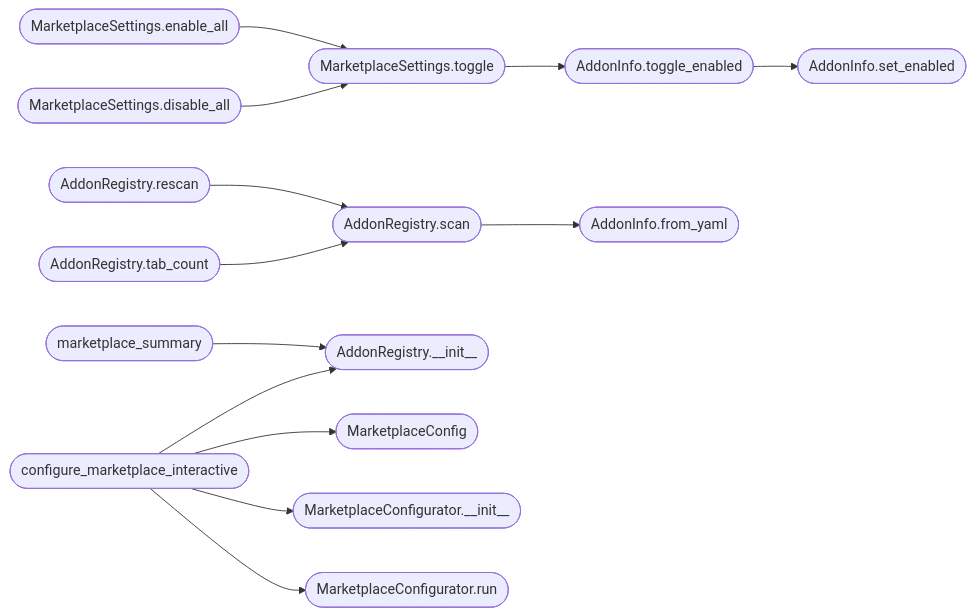
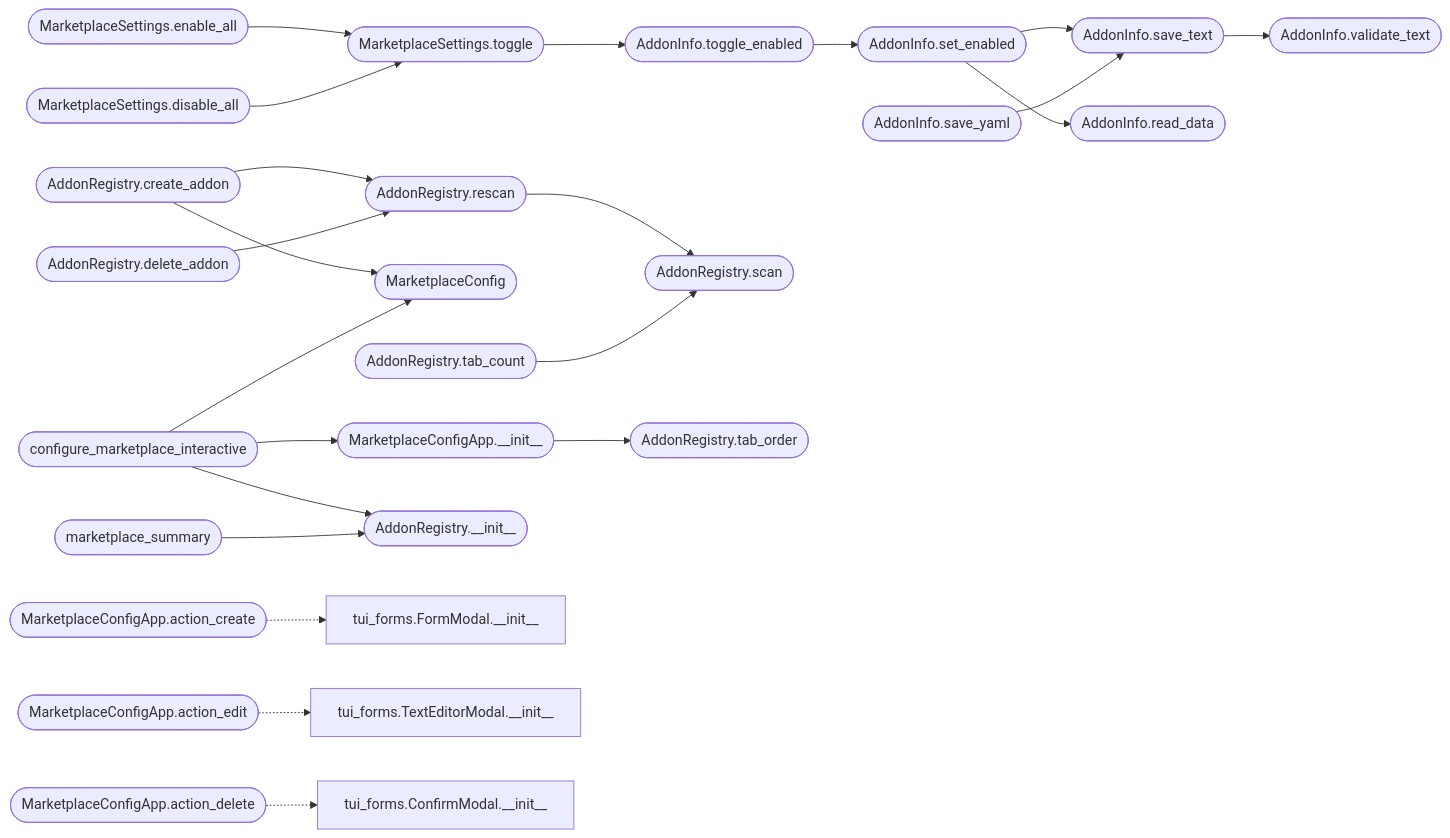
The second of 2 diagrams in readmenator-apidocs/modules/cli.marketplace_config.py.md (grisuno/LazyOwn), drawn with Mermaid before and after one commit. The commit also changed other lines of this file and 764 other files, not shown here.

````diff
--- a/readmenator-apidocs/modules/cli.marketplace_config.py.md
+++ b/readmenator-apidocs/modules/cli.marketplace_config.py.md
@@ -93,30 +116,50 @@
 ```mermaid
 flowchart LR
+    n_cli_marketplace_config_py__AddonInfo_save_text(["AddonInfo.save_text"])
+    n_cli_marketplace_config_py__AddonInfo_validate_text(["AddonInfo.validate_text"])
+    n_cli_marketplace_config_py__AddonInfo_set_enabled(["AddonInfo.set_enabled"])
+    n_cli_marketplace_config_py__AddonInfo_read_data(["AddonInfo.read_data"])
     n_cli_marketplace_config_py__AddonInfo_toggle_enabled(["AddonInfo.toggle_enabled"])
-    n_cli_marketplace_config_py__AddonInfo_set_enabled(["AddonInfo.set_enabled"])
+    n_cli_marketplace_config_py__AddonInfo_save_yaml(["AddonInfo.save_yaml"])
+    n_cli_marketplace_config_py__AddonRegistry_rescan(["AddonRegistry.rescan"])
     n_cli_marketplace_config_py__AddonRegistry_scan(["AddonRegistry.scan"])
-    n_cli_marketplace_config_py__AddonInfo_from_yaml(["AddonInfo.from_yaml"])
-    n_cli_marketplace_config_py__AddonRegistry_rescan(["AddonRegistry.rescan"])
     n_cli_marketplace_config_py__AddonRegistry_tab_count(["AddonRegistry.tab_count"])
+    n_cli_marketplace_config_py__AddonRegistry_create_addon(["AddonRegistry.create_addon"])
+    n_cli_marketplace_config_py__MarketplaceConfig(["MarketplaceConfig"])
+    n_cli_marketplace_config_py__AddonRegistry_delete_addon(["AddonRegistry.delete_addon"])
     n_cli_marketplace_config_py__MarketplaceSettings_toggle(["MarketplaceSettings.toggle"])
     n_cli_marketplace_config_py__MarketplaceSettings_enable_all(["MarketplaceSettings.enable_all"])
     n_cli_marketplace_config_py__MarketplaceSettings_disable_all(["MarketplaceSettings.disable_all"])
+    n_cli_marketplace_config_py__MarketplaceConfigApp___init__(["MarketplaceConfigApp.__init__"])
+    n_cli_marketplace_config_py__AddonRegistry_tab_order(["AddonRegistry.tab_order"])
     n_cli_marketplace_config_py__configure_marketplace_interactive(["configure_marketplace_interactive"])
     n_cli_marketplace_config_py__AddonRegistry___init__(["AddonRegistry.__init__"])
-    n_cli_marketplace_config_py__MarketplaceConfig(["MarketplaceConfig"])
-    n_cli_marketplace_config_py__MarketplaceConfigurator___init__(["MarketplaceConfigurator.__init__"])
-    n_cli_marketplace_config_py__MarketplaceConfigurator_run(["MarketplaceConfigurator.run"])
     n_cli_marketplace_config_py__marketplace_summary(["marketplace_summary"])
+    n_cli_marketplace_config_py__MarketplaceConfigApp_action_create(["MarketplaceConfigApp.action_create"])
+    n_cli_tui_forms_py__FormModal___init__["tui_forms.FormModal.__init__"]
+    n_cli_marketplace_config_py__MarketplaceConfigApp_action_edit(["MarketplaceConfigApp.action_edit"])
+    n_cli_tui_forms_py__TextEditorModal___init__["tui_forms.TextEditorModal.__init__"]
+    n_cli_marketplace_config_py__MarketplaceConfigApp_action_delete(["MarketplaceConfigApp.action_delete"])
+    n_cli_tui_forms_py__ConfirmModal___init__["tui_forms.ConfirmModal.__init__"]
+    n_cli_marketplace_config_py__AddonInfo_save_text --> n_cli_marketplace_config_py__AddonInfo_validate_text
+    n_cli_marketplace_config_py__AddonInfo_set_enabled --> n_cli_marketplace_config_py__AddonInfo_read_data
+    n_cli_marketplace_config_py__AddonInfo_set_enabled --> n_cli_marketplace_config_py__AddonInfo_save_text
     n_cli_marketplace_config_py__AddonInfo_toggle_enabled --> n_cli_marketplace_config_py__AddonInfo_set_enabled
-    n_cli_marketplace_config_py__AddonRegistry_scan --> n_cli_marketplace_config_py__AddonInfo_from_yaml
+    n_cli_marketplace_config_py__AddonInfo_save_yaml --> n_cli_marketplace_config_py__AddonInfo_save_text
     n_cli_marketplace_config_py__AddonRegistry_rescan --> n_cli_marketplace_config_py__AddonRegistry_scan
     n_cli_marketplace_config_py__AddonRegistry_tab_count --> n_cli_marketplace_config_py__AddonRegistry_scan
+    n_cli_marketplace_config_py__AddonRegistry_create_addon --> n_cli_marketplace_config_py__AddonRegistry_rescan
+    n_cli_marketplace_config_py__AddonRegistry_create_addon --> n_cli_marketplace_config_py__MarketplaceConfig
+    n_cli_marketplace_config_py__AddonRegistry_delete_addon --> n_cli_marketplace_config_py__AddonRegistry_rescan
     n_cli_marketplace_config_py__MarketplaceSettings_toggle --> n_cli_marketplace_config_py__AddonInfo_toggle_enabled
     n_cli_marketplace_config_py__MarketplaceSettings_enable_all --> n_cli_marketplace_config_py__MarketplaceSettings_toggle
     n_cli_marketplace_config_py__MarketplaceSettings_disable_all --> n_cli_marketplace_config_py__MarketplaceSettings_toggle
+    n_cli_marketplace_config_py__MarketplaceConfigApp___init__ --> n_cli_marketplace_config_py__AddonRegistry_tab_order
     n_cli_marketplace_config_py__configure_marketplace_interactive --> n_cli_marketplace_config_py__AddonRegistry___init__
     n_cli_marketplace_config_py__configure_marketplace_interactive --> n_cli_marketplace_config_py__MarketplaceConfig
-    n_cli_marketplace_config_py__configure_marketplace_interactive --> n_cli_marketplace_config_py__MarketplaceConfigurator___init__
-    n_cli_marketplace_config_py__configure_marketplace_interactive --> n_cli_marketplace_config_py__MarketplaceConfigurator_run
+    n_cli_marketplace_config_py__configure_marketplace_interactive --> n_cli_marketplace_config_py__MarketplaceConfigApp___init__
     n_cli_marketplace_config_py__marketplace_summary --> n_cli_marketplace_config_py__AddonRegistry___init__
+    n_cli_marketplace_config_py__MarketplaceConfigApp_action_create -.-> n_cli_tui_forms_py__FormModal___init__
+    n_cli_marketplace_config_py__MarketplaceConfigApp_action_edit -.-> n_cli_tui_forms_py__TextEditorModal___init__
+    n_cli_marketplace_config_py__MarketplaceConfigApp_action_delete -.-> n_cli_tui_forms_py__ConfirmModal___init__
 ```
````
